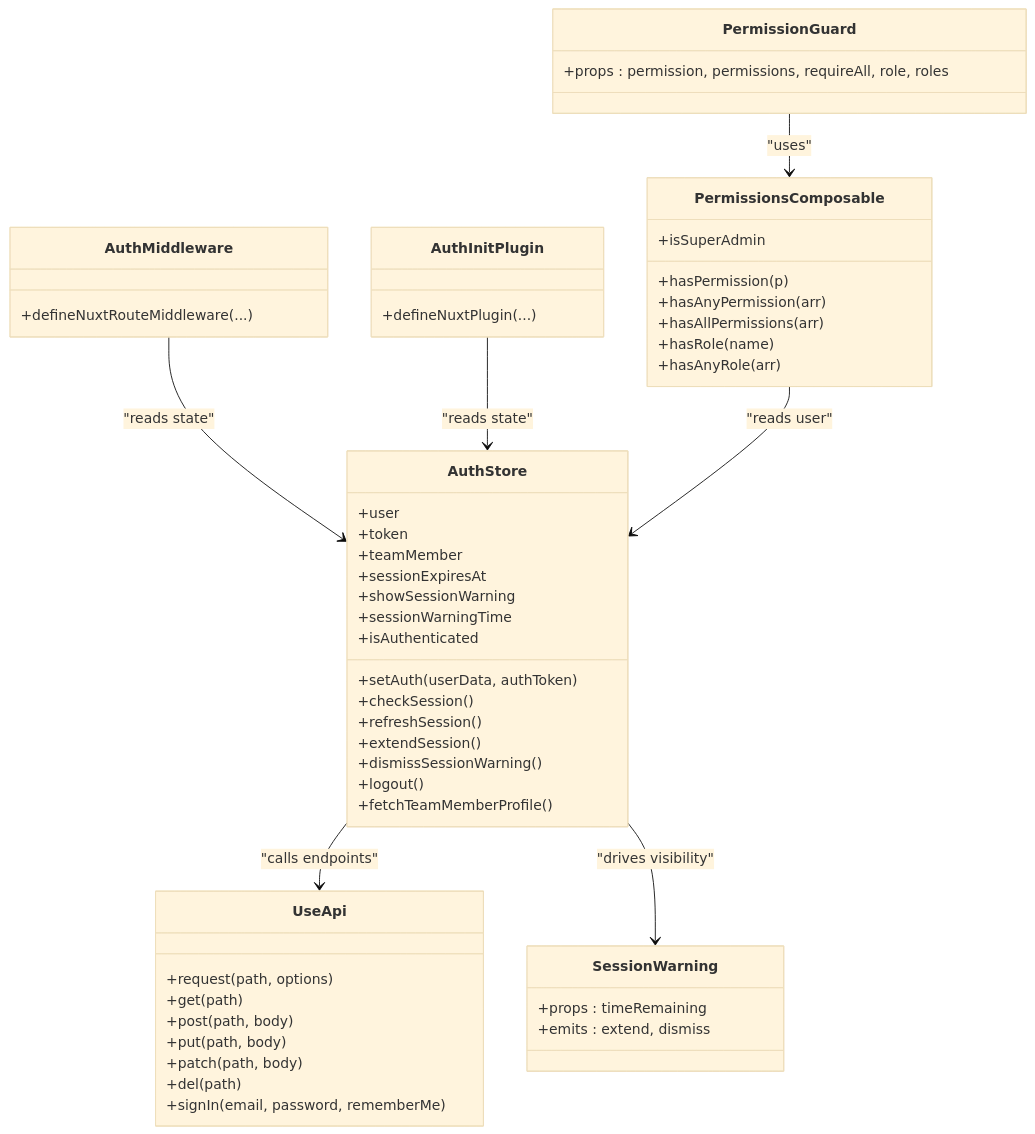
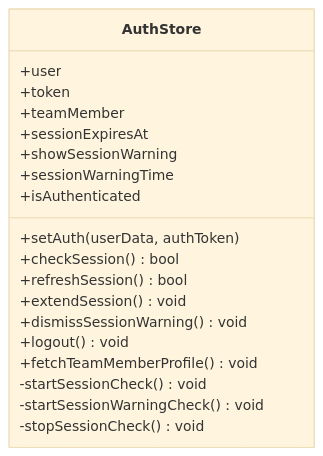
Before and after one commit to Lazynerd-Studios/lacarte-atlas-console: the third of 5 diagrams in .qoder/repowiki/en/content/Authentication & Authorization/Session Management.md, drawn with Mermaid (base theme). The commit also changed other lines of this file and 139 other files, not shown here.

````diff
--- a/.qoder/repowiki/en/content/Authentication & Authorization/Session Management.md
+++ b/.qoder/repowiki/en/content/Authentication & Authorization/Session Management.md
@@ -285,55 +179,22 @@
 ```mermaid
 classDiagram
 class AuthStore {
 +user
 +token
 +teamMember
 +sessionExpiresAt
 +showSessionWarning
 +sessionWarningTime
 +isAuthenticated
 +setAuth(userData, authToken)
-+checkSession()
-+refreshSession()
-+extendSession()
-+dismissSessionWarning()
-+logout()
-+fetchTeamMemberProfile()
++checkSession() bool
++refreshSession() bool
++extendSession() void
++dismissSessionWarning() void
++logout() void
++fetchTeamMemberProfile() void
+-startSessionCheck() void
+-startSessionWarningCheck() void
+-stopSessionCheck() void
 }
-class UseApi {
-+request(path, options)
-+get(path)
-+post(path, body)
-+put(path, body)
-+patch(path, body)
-+del(path)
-+signIn(email, password, rememberMe)
-}
-class AuthMiddleware {
-+defineNuxtRouteMiddleware(...)
-}
-class AuthInitPlugin {
-+defineNuxtPlugin(...)
-}
-class PermissionsComposable {
-+hasPermission(p)
-+hasAnyPermission(arr)
-+hasAllPermissions(arr)
-+hasRole(name)
-+hasAnyRole(arr)
-+isSuperAdmin
-}
-class PermissionGuard {
-+props : permission, permissions, requireAll, role, roles
-}
-class SessionWarning {
-+props : timeRemaining
-+emits : extend, dismiss
-}
-AuthStore --> UseApi : "calls endpoints"
-AuthMiddleware --> AuthStore : "reads state"
-AuthInitPlugin --> AuthStore : "reads state"
-PermissionsComposable --> AuthStore : "reads user"
-PermissionGuard --> PermissionsComposable : "uses"
-AuthStore --> SessionWarning : "drives visibility"
 ```
````
